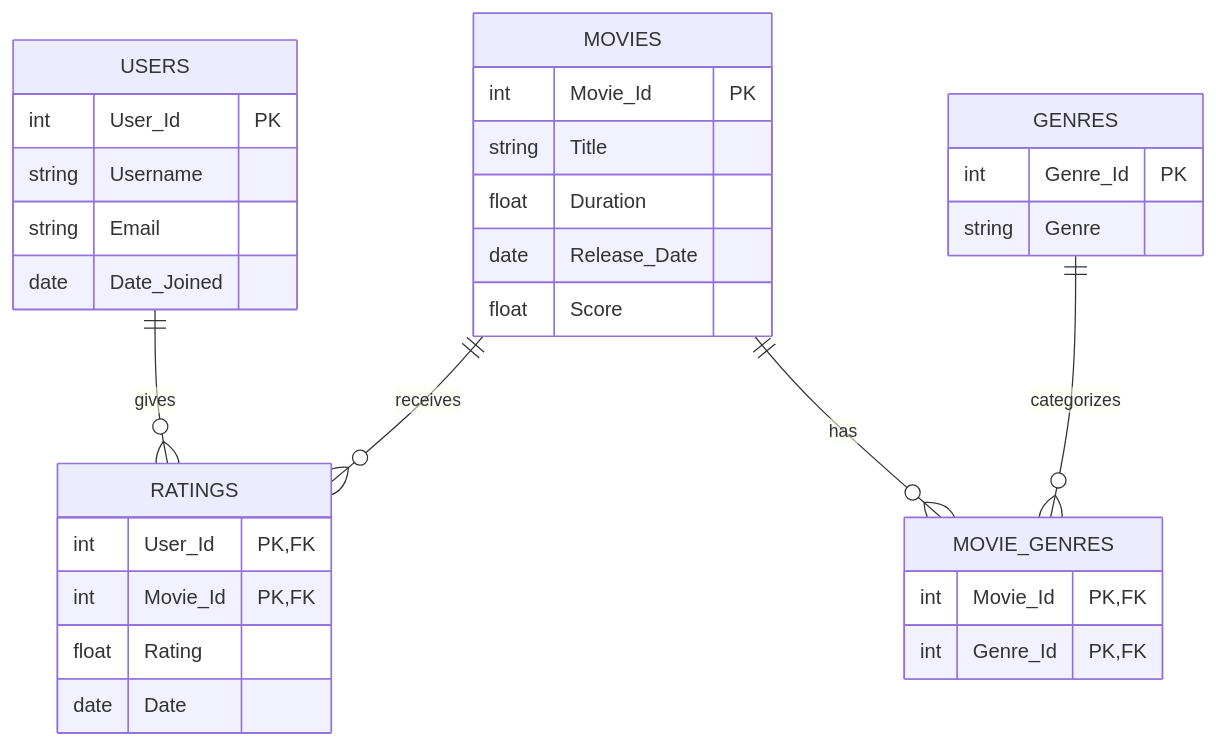
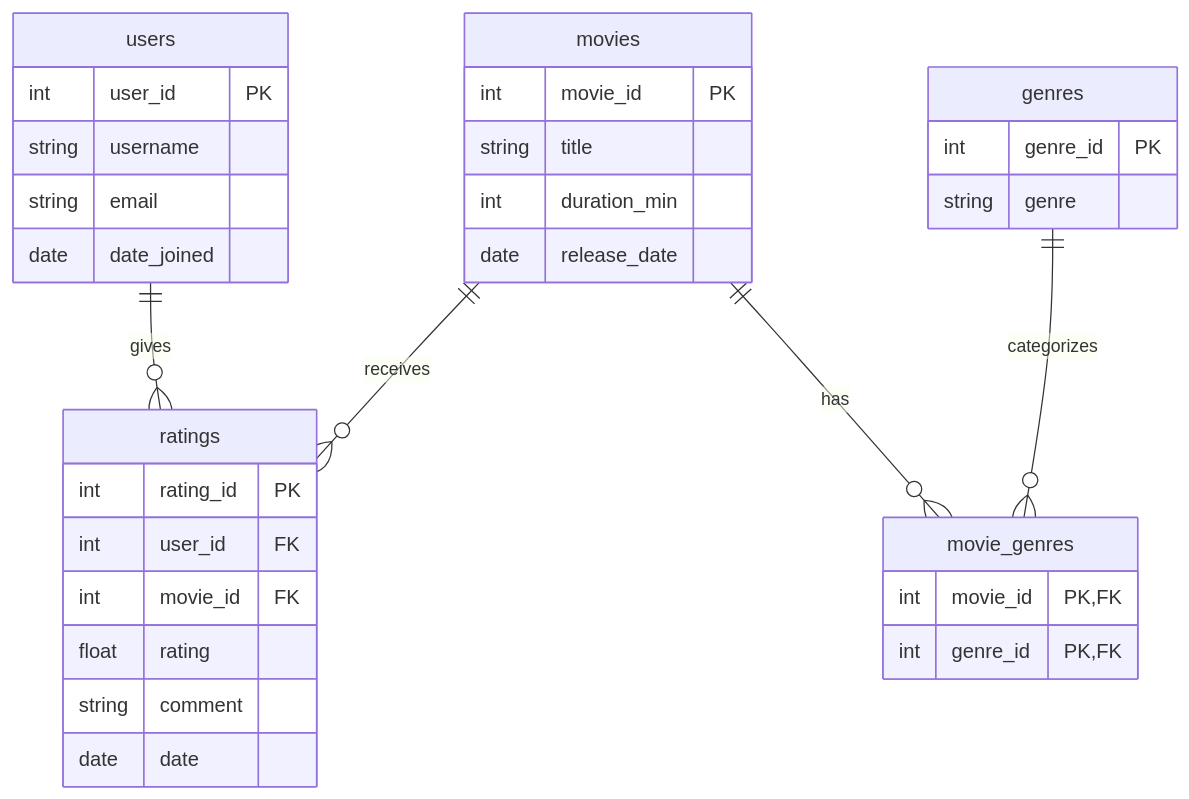
The diagram in schema/erd.mmd (bellaboulais/ex603-movie-tv-database), drawn with Mermaid before and after one commit. The commit also changed 6 other files, not shown here.

Commit message:
Updated schema definitions and working .sql database

```diff
--- a/schema/erd.mmd
+++ b/schema/erd.mmd
@@ -1,37 +1,38 @@
 erDiagram
-    USERS ||--o{ RATINGS : gives
-    MOVIES ||--o{ RATINGS : receives
-    MOVIES ||--o{ MOVIE_GENRES : has
-    GENRES ||--o{ MOVIE_GENRES : categorizes
+    users ||--o{ ratings : gives
+    movies ||--o{ ratings : receives
+    movies ||--o{ movie_genres : has
+    genres ||--o{ movie_genres : categorizes
 
-    USERS {
-        int User_Id PK
-        string Username
-        string Email
-        date Date_Joined
+    users {
+        int user_id PK
+        string username
+        string email
+        date date_joined
     }
 
-    MOVIES {
-        int Movie_Id PK
-        string Title
-        float Duration
-        date Release_Date
-        float Score
+    movies {
+        int movie_id PK
+        string title
+        int duration_min
+        date release_date
     }
 
-    RATINGS {
-        int User_Id PK, FK
-        int Movie_Id PK, FK
-        float Rating
-        date Date
+    ratings {
+        int rating_id PK
+        int user_id FK
+        int movie_id FK
+        float rating
+        string comment
+        date date
     }
 
-    GENRES {
-        int Genre_Id PK
-        string Genre
+    genres {
+        int genre_id PK
+        string genre
     }
 
-    MOVIE_GENRES {
-        int Movie_Id PK, FK
-        int Genre_Id PK, FK
+    movie_genres {
+        int movie_id PK, FK
+        int genre_id PK, FK
     }
```
